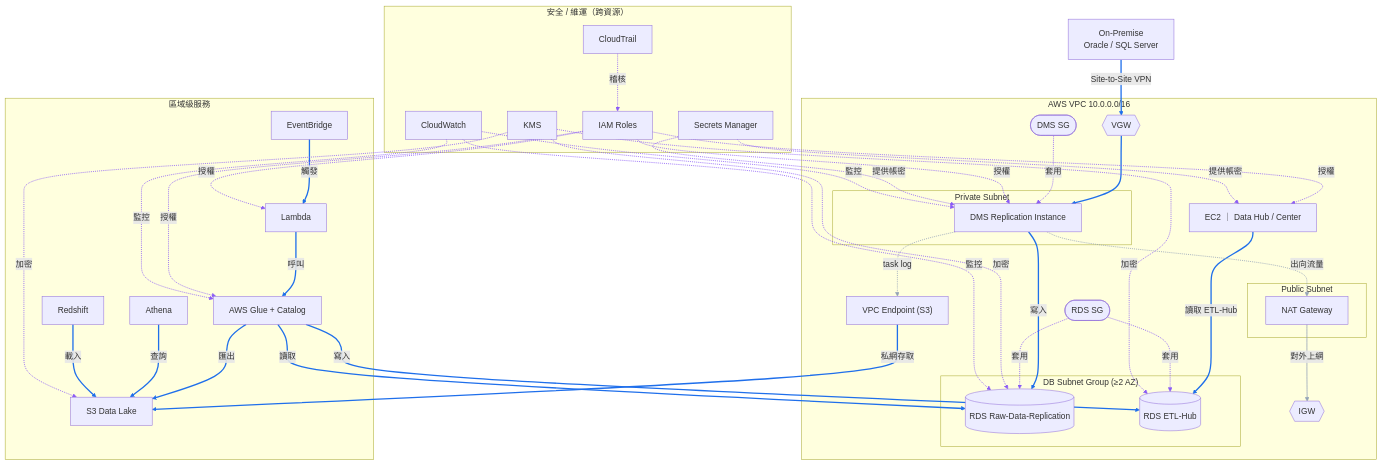
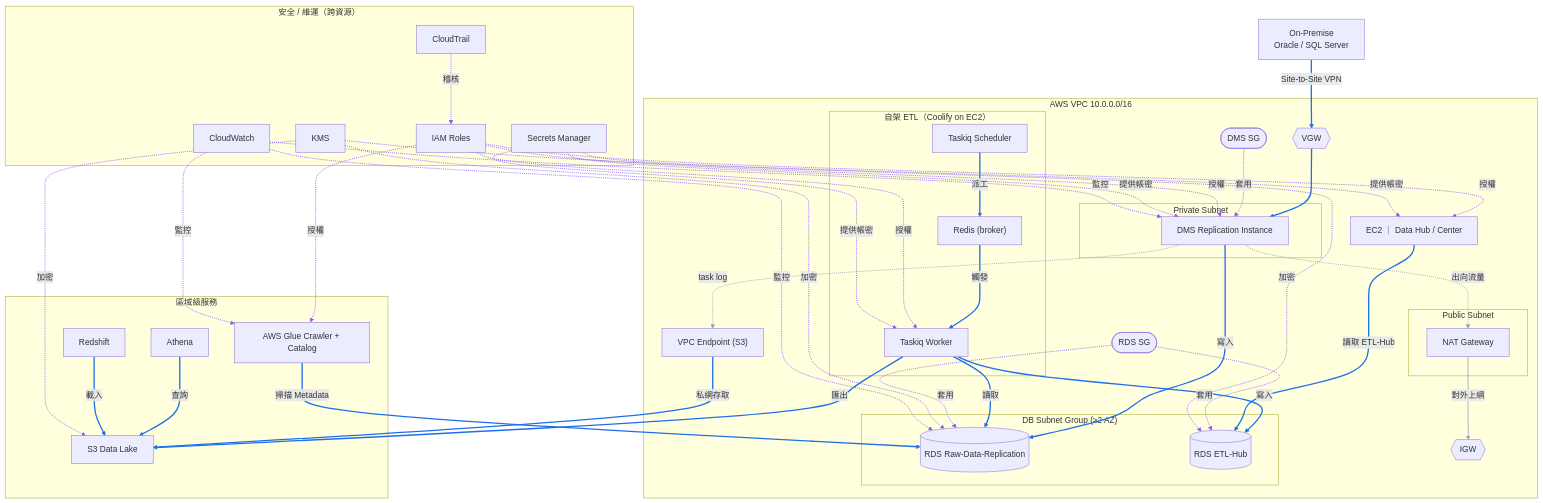
Before and after one commit to Jiaye-DF/data-center-etl: the fourth of 9 diagrams in docs/Arch/aws-to-local-infra-arch.md, drawn with Mermaid. The commit also changed other lines of this file and 3 other files, not shown here.

Commit message:
(AI) Docs: v1.1.0 移除 task-013(Coolify 部署收口)— 部署與 AWS/EC2 建立由 user 人工執行;propose 記變更紀錄,總清單改 12 tasks(~41hr)並更新驗收覆蓋表

````diff
--- a/docs/Arch/aws-to-local-infra-arch.md
+++ b/docs/Arch/aws-to-local-infra-arch.md
@@ -229,77 +231,82 @@
 ```mermaid
 flowchart TB
   ONP["On-Premise<br/>Oracle / SQL Server"]
 
   subgraph VPC["AWS VPC 10.0.0.0/16"]
     IGW{{"IGW"}}
     VGW{{"VGW"}}
     SGD(["DMS SG"])
     SGR(["RDS SG"])
     subgraph PUB["Public Subnet"]
       NAT["NAT Gateway"]
     end
     subgraph PRIV["Private Subnet"]
       DMS["DMS Replication Instance"]
     end
     subgraph DBSUB["DB Subnet Group (≥2 AZ)"]
       RAW[("RDS Raw-Data-Replication")]
       HUB[("RDS ETL-Hub")]
     end
+    subgraph ETLSELF["自架 ETL（Coolify on EC2）"]
+      SCHED["Taskiq Scheduler"]
+      REDIS["Redis (broker)"]
+      WORKER["Taskiq Worker"]
+    end
     EC2["EC2 ｜ Data Hub / Center"]
     VPCE["VPC Endpoint (S3)"]
   end
 
   subgraph REGION["區域級服務"]
-    EVB["EventBridge"]
-    LMB["Lambda"]
-    GLUE["AWS Glue + Catalog"]
+    GLUE["AWS Glue Crawler + Catalog"]
     S3["S3 Data Lake"]
     ATH["Athena"]
     RS["Redshift"]
   end
 
   subgraph CROSS["安全 / 維運（跨資源）"]
     IAM["IAM Roles"]
     SM["Secrets Manager"]
     KMS["KMS"]
     CW["CloudWatch"]
     CT["CloudTrail"]
   end
 
   ONP ==>|Site-to-Site VPN| VGW
   VGW --> DMS
   DMS ==>|寫入| RAW
-  GLUE -->|讀取| RAW
-  GLUE -->|寫入| HUB
-  EVB -->|觸發| LMB
-  LMB -->|呼叫| GLUE
-  GLUE -->|匯出| S3
+  GLUE -->|掃描 Metadata| RAW
+  SCHED -->|派工| REDIS
+  REDIS -->|觸發| WORKER
+  WORKER -->|讀取| RAW
+  WORKER -->|寫入| HUB
+  WORKER -->|匯出| S3
   ATH -->|查詢| S3
   RS -->|載入| S3
   EC2 -->|讀取 ETL-Hub| HUB
   VPCE -->|私網存取| S3
   NAT -->|對外上網| IGW
   DMS -.->|出向流量| NAT
   DMS -.->|task log| VPCE
   SGD -.->|套用| DMS
   SGR -.->|套用| RAW
   SGR -.->|套用| HUB
   IAM -.->|授權| DMS
   IAM -.->|授權| GLUE
-  IAM -.->|授權| LMB
+  IAM -.->|授權| WORKER
   IAM -.->|授權| EC2
   SM -.->|提供帳密| DMS
+  SM -.->|提供帳密| WORKER
   SM -.->|提供帳密| EC2
   KMS -.->|加密| RAW
   KMS -.->|加密| HUB
   KMS -.->|加密| S3
   CW -.->|監控| DMS
   CW -.->|監控| RAW
   CW -.->|監控| GLUE
   CT -.->|稽核| IAM
 
   %% 線條分類上色:藍=資料流 / 灰=基礎連線 / 紫=安全治理
-  linkStyle 0,1,2,3,4,5,6,7,8,9,10,11 stroke:#1f6feb,stroke-width:2.5px
-  linkStyle 12,13,14 stroke:#94a3b8,stroke-width:1.5px
-  linkStyle 15,16,17,18,19,20,21,22,23,24,25,26,27,28,29,30 stroke:#8b5cf6,stroke-width:1.5px
+  linkStyle 0,1,2,3,4,5,6,7,8,9,10,11,12 stroke:#1f6feb,stroke-width:2.5px
+  linkStyle 13,14,15 stroke:#94a3b8,stroke-width:1.5px
+  linkStyle 16,17,18,19,20,21,22,23,24,25,26,27,28,29,30,31,32 stroke:#8b5cf6,stroke-width:1.5px
 ```
````
